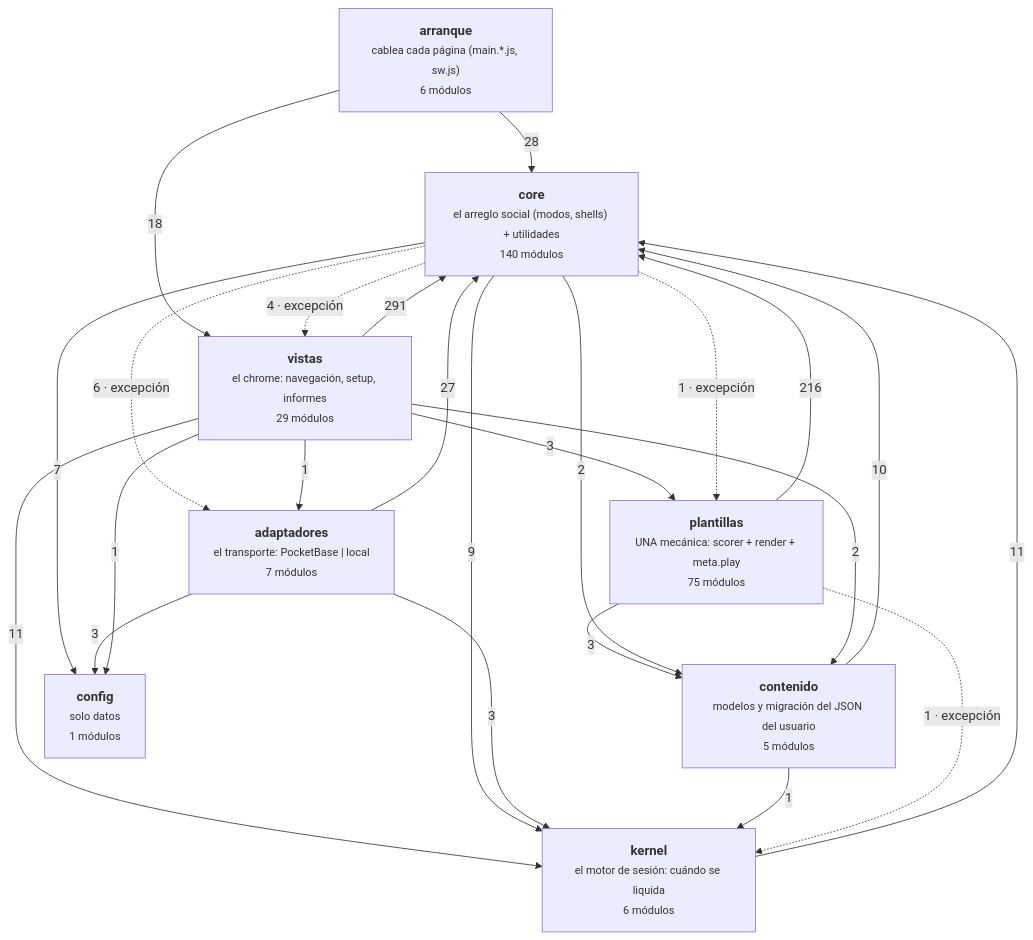
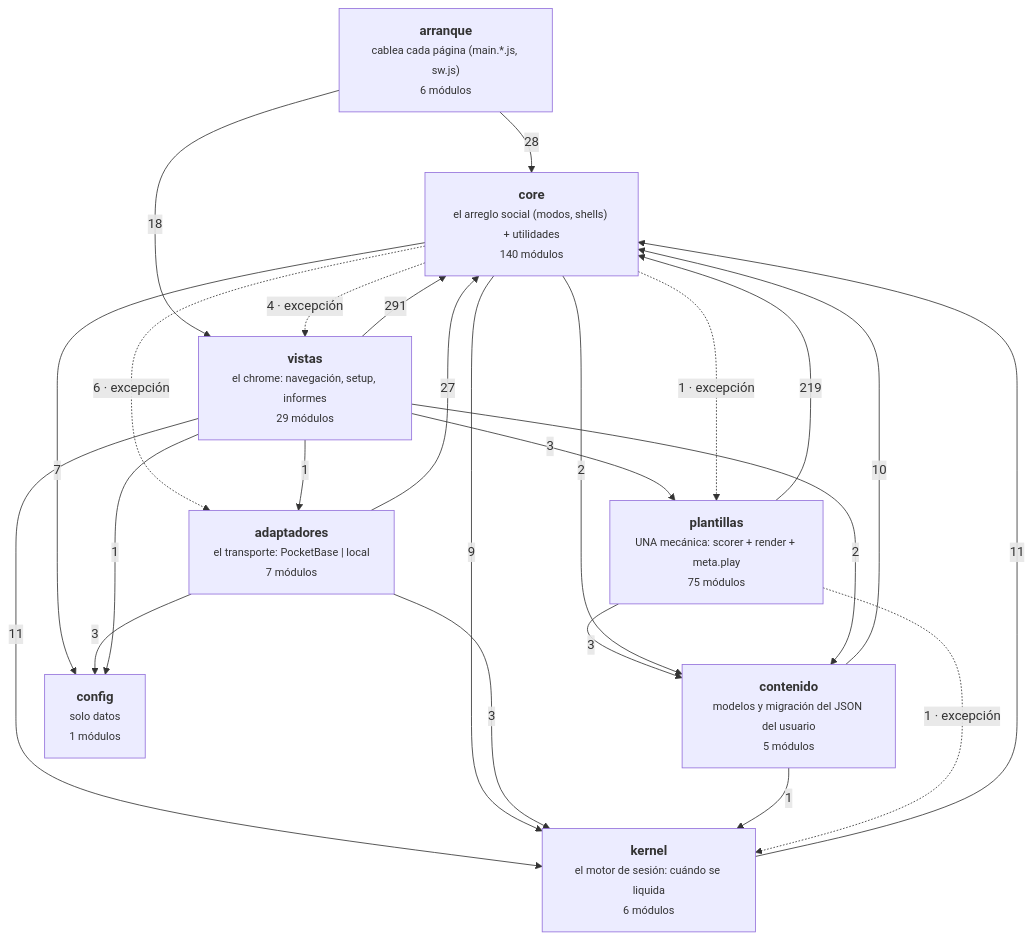
The diagram in docs/arquitectura-modulos.md (duecaz/ac), drawn with Mermaid before and after one commit. The commit also changed other lines of this file and 35 other files, not shown here.

````diff
--- a/docs/arquitectura-modulos.md
+++ b/docs/arquitectura-modulos.md
@@ -56,34 +56,34 @@
 ```mermaid
 graph TD
   A["<b>arranque</b><br/><small>cablea cada página (main.*.js, sw.js)</small><br/><small>6 módulos</small>"]
   V["<b>vistas</b><br/><small>el chrome: navegación, setup, informes</small><br/><small>29 módulos</small>"]
   AD["<b>adaptadores</b><br/><small>el transporte: PocketBase | local</small><br/><small>7 módulos</small>"]
   C["<b>core</b><br/><small>el arreglo social (modos, shells) + utilidades</small><br/><small>140 módulos</small>"]
   K["<b>kernel</b><br/><small>el motor de sesión: cuándo se liquida</small><br/><small>6 módulos</small>"]
   T["<b>plantillas</b><br/><small>UNA mecánica: scorer + render + meta.play</small><br/><small>75 módulos</small>"]
   CO["<b>contenido</b><br/><small>modelos y migración del JSON del usuario</small><br/><small>5 módulos</small>"]
   CF["<b>config</b><br/><small>solo datos</small><br/><small>1 módulos</small>"]
   V -->|291| C
-  T -->|216| C
+  T -->|219| C
   A -->|28| C
   AD -->|27| C
   A -->|18| V
   K -->|11| C
   V -->|11| K
   CO -->|10| C
   C -->|9| K
   C -->|7| CF
   C -.->|6 · excepción| AD
   C -.->|4 · excepción| V
   AD -->|3| CF
   AD -->|3| K
   T -->|3| CO
   V -->|3| T
   C -->|2| CO
   V -->|2| CO
   C -.->|1 · excepción| T
   CO -->|1| K
   T -.->|1 · excepción| K
   V -->|1| AD
   V -->|1| CF
 ```
````
